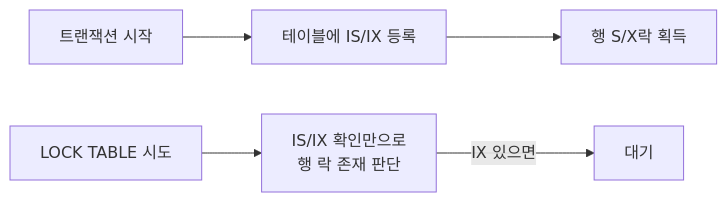
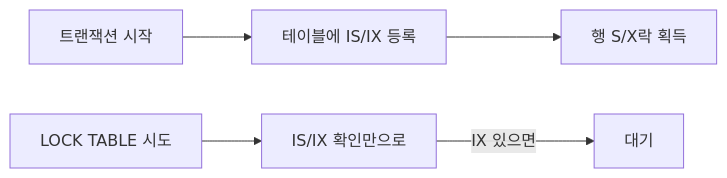
The second of 4 diagrams in _posts/db/2026-05-01-db-locks.md (yjkim2015/yjkim2015.github.io), drawn with Mermaid before and after one commit. The commit also changed other lines of this file and 245 other files, not shown here.

First line of the commit message:
Mermaid 다이어그램 전면 수정 + 면접 포인트 접기/펼치기 + DB 데드락 페이지

````diff
--- a/_posts/db/2026-05-01-db-locks.md
+++ b/_posts/db/2026-05-01-db-locks.md
@@ -62,7 +62,7 @@
 ```mermaid
 graph LR
     TX["트랜잭션 시작"] --> IS["테이블에 IS/IX 등록"]
     IS --> RowLock["행 S/X락 획득"]
-    TableLock["LOCK TABLE 시도"] --> Check["IS/IX 확인만으로\n행 락 존재 판단"]
+    TableLock["LOCK TABLE 시도"] --> Check["IS/IX 확인만으로"]
     Check -->|"IX 있으면"| Wait["대기"]
 ```
````
